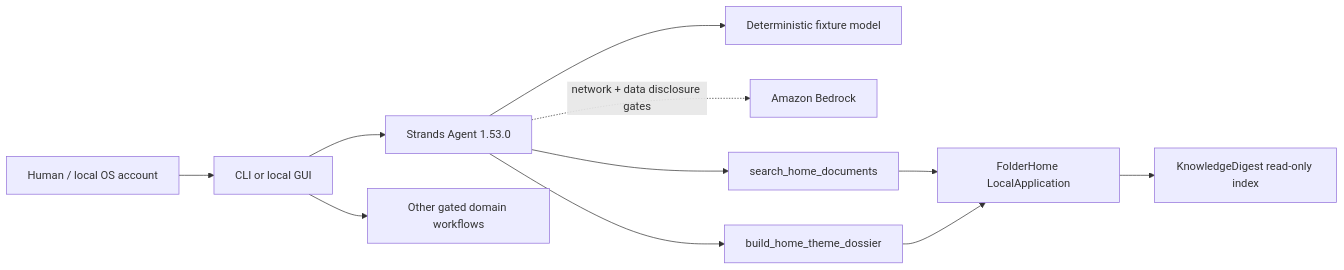
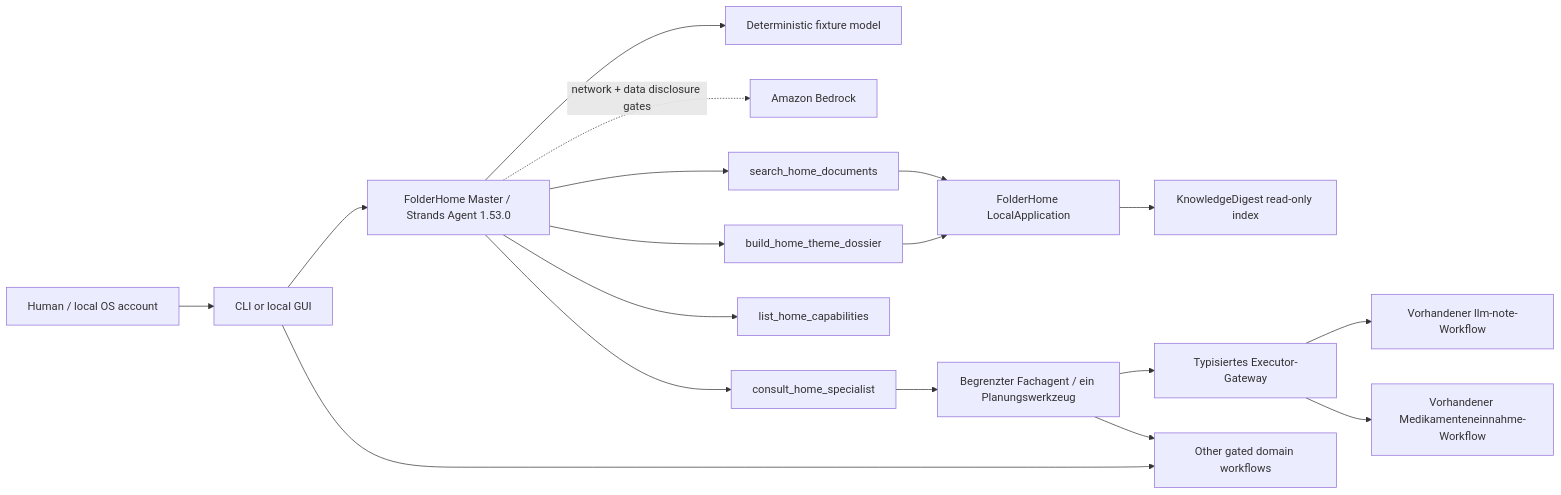
One commit to ellmos-ai/FolderHome changed the diagram in README.de.md. Above: the diagram before and after it, drawn with Mermaid. The commit also changed other lines of this file and 32 other files, not shown here.

First line of the commit message:
docs(brand): publish FolderHome design system

````diff
--- a/README.de.md
+++ b/README.de.md
@@ -61,13 +63,20 @@
 ```mermaid
 flowchart LR
   H[Human / local OS account] --> UI[CLI or local GUI]
-  UI --> A[Strands Agent 1.53.0]
+  UI --> A[FolderHome Master / Strands Agent 1.53.0]
   A --> F[Deterministic fixture model]
   A -. network + data disclosure gates .-> B[Amazon Bedrock]
   A --> S[search_home_documents]
   A --> D[build_home_theme_dossier]
+  A --> C[list_home_capabilities]
+  A --> X[consult_home_specialist]
+  X --> P[Begrenzter Fachagent / ein Planungswerkzeug]
+  P --> E[Typisiertes Executor-Gateway]
+  E --> N[Vorhandener llm-note-Workflow]
+  E --> M[Vorhandener Medikamenteneinnahme-Workflow]
   S --> L[FolderHome LocalApplication]
   D --> L
   L --> K[KnowledgeDigest read-only index]
   UI --> W[Other gated domain workflows]
+  P --> W
 ```
````
